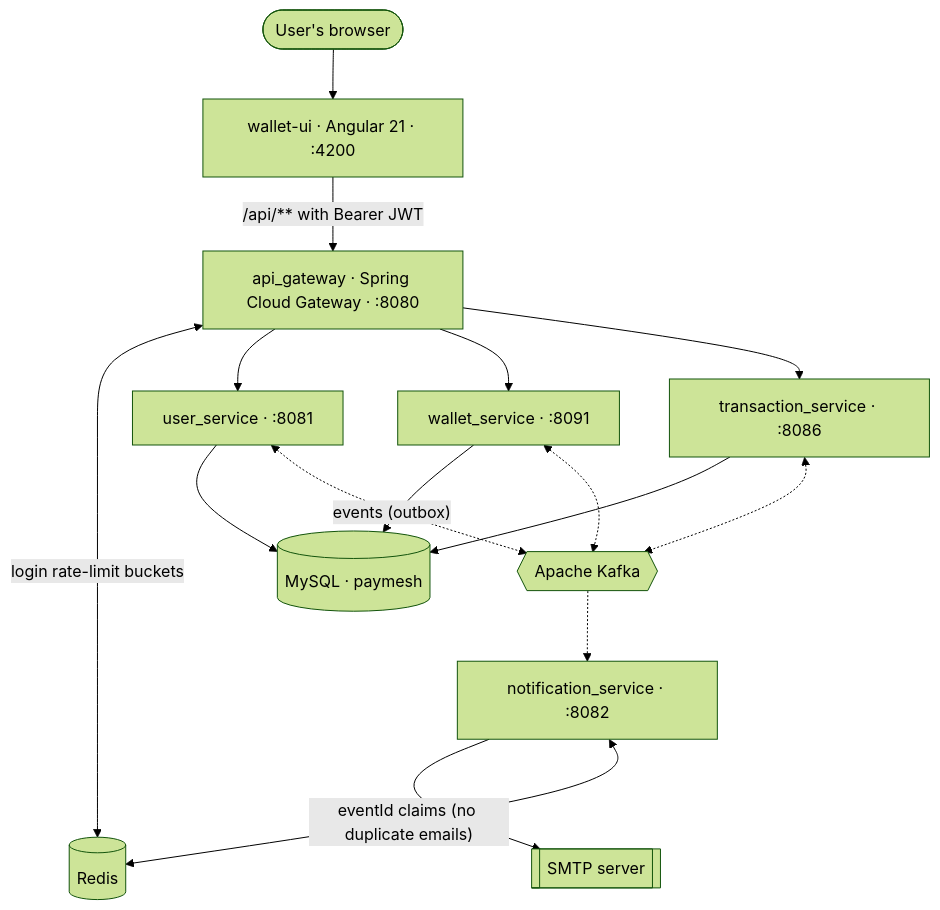
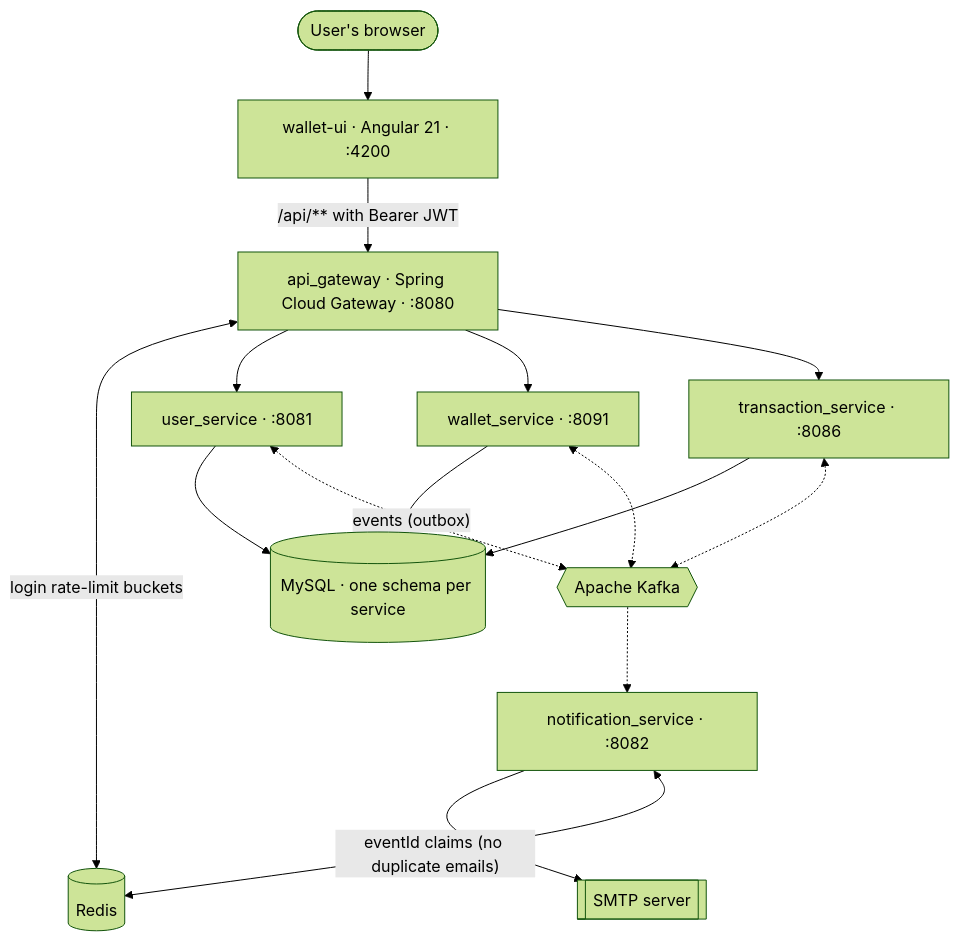
Before and after one commit to adityachauhan564/PayMesh: the first of 12 diagrams in README.md, drawn with Mermaid (forest theme). The commit also changed other lines of this file, not shown here.

````diff
--- a/README.md
+++ b/README.md
@@ -62,21 +377,21 @@
 ```mermaid
 flowchart TB
     user(["User's browser"]) --> ui["wallet-ui · Angular 21 · :4200"]
     ui -- "/api/** with Bearer JWT" --> gw["api_gateway · Spring Cloud Gateway · :8080"]
     gw <-- "login rate-limit buckets" --> redis[("Redis")]
 
     gw --> us["user_service · :8081"]
     gw --> ws["wallet_service · :8091"]
     gw --> ts["transaction_service · :8086"]
 
-    us --> db[("MySQL · paymesh")]
+    us --> db[("MySQL · one schema per service")]
     ws --> db
     ts --> db
 
     us <-. "events (outbox)" .-> kafka{{"Apache Kafka"}}
     ws <-.-> kafka
     ts <-.-> kafka
     kafka -.-> ns["notification_service · :8082"]
     ns --> smtp[["SMTP server"]]
     ns <-- "eventId claims (no duplicate emails)" --> redis
 ```
````
